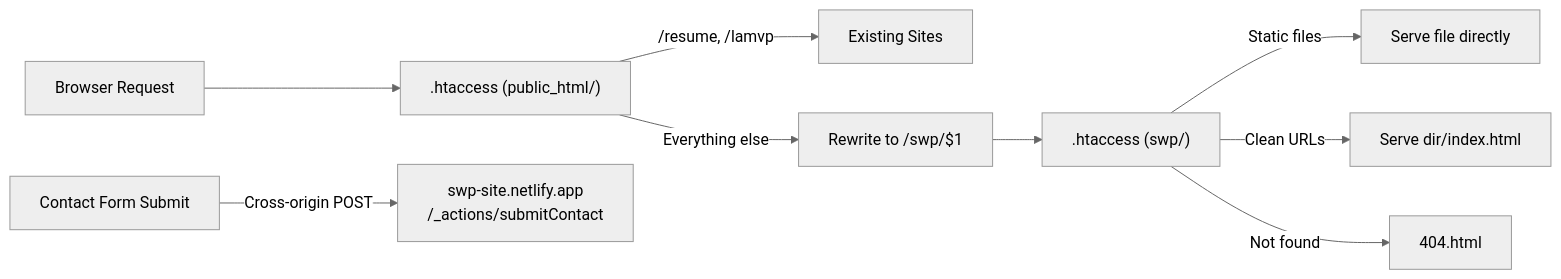
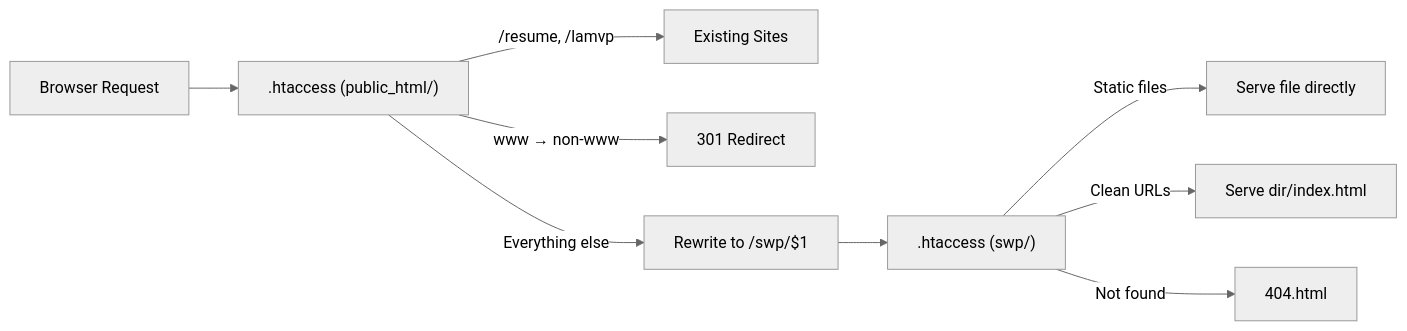
Before and after one commit to simonwickes/swp-site: the third of 8 diagrams in docs/ARCHITECTURE.md, drawn with Mermaid (neutral theme). The commit also changed other lines of this file and 19 other files, not shown here.

````diff
--- a/docs/ARCHITECTURE.md
+++ b/docs/ARCHITECTURE.md
@@ -136,12 +78,11 @@
 ```mermaid
 graph LR
     REQ[Browser Request] --> ROOT_HT[".htaccess (public_html/)"]
     ROOT_HT -->|"/resume, /lamvp"| EXISTING[Existing Sites]
+    ROOT_HT -->|"www → non-www"| REDIRECT[301 Redirect]
     ROOT_HT -->|"Everything else"| REWRITE["Rewrite to /swp/$1"]
     REWRITE --> SWP_HT[".htaccess (swp/)"]
     SWP_HT -->|"Static files"| FILE[Serve file directly]
     SWP_HT -->|"Clean URLs"| DIR["Serve dir/index.html"]
     SWP_HT -->|"Not found"| ERR[404.html]
-
-    REQ2[Contact Form Submit] -->|"Cross-origin POST"| NETLIFY["swp-site.netlify.app<br/>/_actions/submitContact"]
 ```
````
